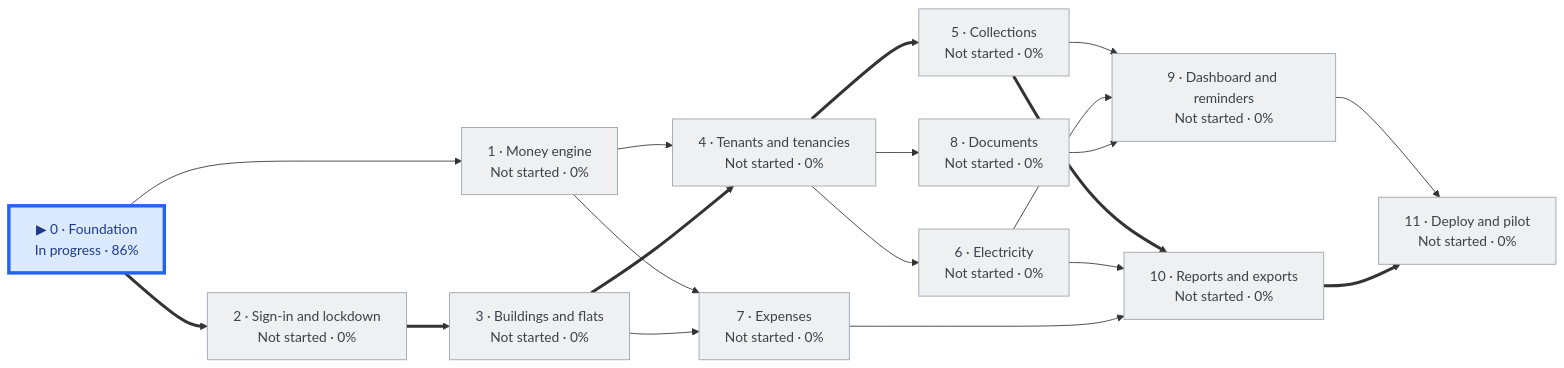
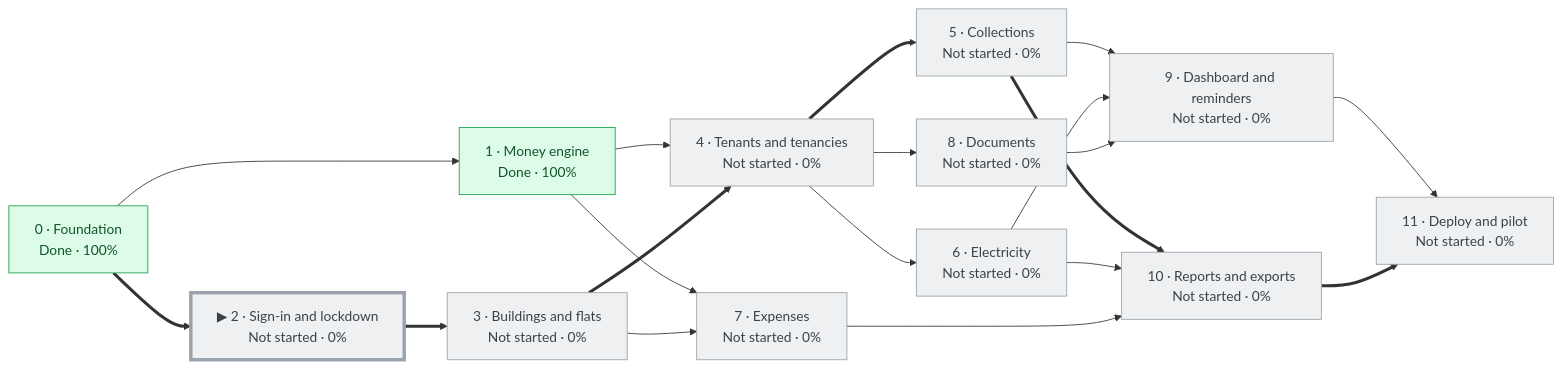
One commit to aakashworkspace13-it/Property_Management changed the diagram in docs/tracker/TRACKER.md. Above: the diagram before and after it, drawn with Mermaid. The commit also changed other lines of this file and 23 other files, not shown here.

````diff
--- a/docs/tracker/TRACKER.md
+++ b/docs/tracker/TRACKER.md
@@ -28,53 +28,53 @@
 ```mermaid
 flowchart LR
-  P0["▶ 0 · Foundation<br/>In progress · 86%"]
-  P1["1 · Money engine<br/>Not started · 0%"]
-  P2["2 · Sign-in and lockdown<br/>Not started · 0%"]
+  P0["0 · Foundation<br/>Done · 100%"]
+  P1["1 · Money engine<br/>Done · 100%"]
+  P2["▶ 2 · Sign-in and lockdown<br/>Not started · 0%"]
   P3["3 · Buildings and flats<br/>Not started · 0%"]
   P4["4 · Tenants and tenancies<br/>Not started · 0%"]
   P5["5 · Collections<br/>Not started · 0%"]
   P6["6 · Electricity<br/>Not started · 0%"]
   P7["7 · Expenses<br/>Not started · 0%"]
   P8["8 · Documents<br/>Not started · 0%"]
   P9["9 · Dashboard and reminders<br/>Not started · 0%"]
   P10["10 · Reports and exports<br/>Not started · 0%"]
   P11["11 · Deploy and pilot<br/>Not started · 0%"]
   P0 --> P1
   P0 ==> P2
   P2 ==> P3
   P1 --> P4
   P3 ==> P4
   P4 ==> P5
   P4 --> P6
   P1 --> P7
   P3 --> P7
   P4 --> P8
   P5 --> P9
   P6 --> P9
   P8 --> P9
   P5 ==> P10
   P6 --> P10
   P7 --> P10
   P9 --> P11
   P10 ==> P11
   classDef notstarted fill:#eef0f2,stroke:#9aa3ab,color:#3b4248
   classDef inprogress fill:#dbeafe,stroke:#2563eb,color:#1e3a8a
   classDef blocked fill:#fee2e2,stroke:#dc2626,color:#7f1d1d
   classDef done fill:#dcfce7,stroke:#16a34a,color:#14532d
   classDef verified fill:#bbf7d0,stroke:#15803d,color:#14532d
   classDef current stroke-width:4px
   classDef recheck stroke:#d97706,stroke-dasharray:5 3
-  class P0 inprogress
-  class P1 notstarted
+  class P0 done
+  class P1 done
   class P2 notstarted
   class P3 notstarted
   class P4 notstarted
   class P5 notstarted
   class P6 notstarted
   class P7 notstarted
   class P8 notstarted
   class P9 notstarted
   class P10 notstarted
   class P11 notstarted
-  class P0 current
+  class P2 current
 ```
````
